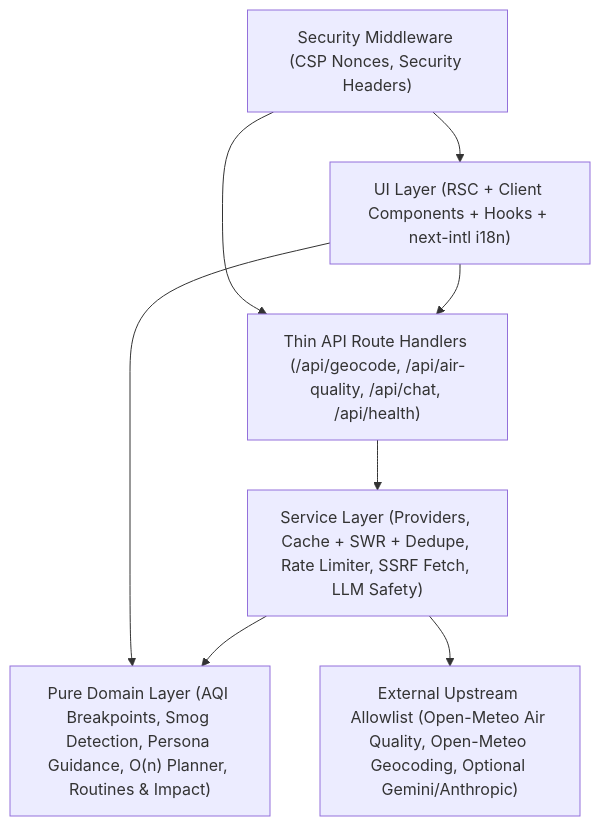
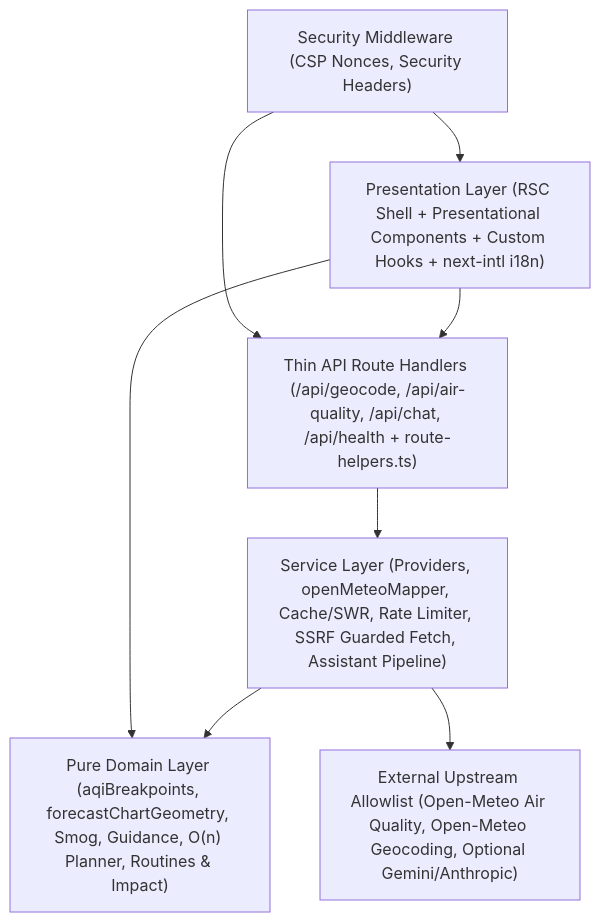
One commit to Sayandevxyz/urban-air changed the diagram in docs/ARCHITECTURE.md. Above: the diagram before and after it, drawn with Mermaid. The commit also changed other lines of this file and 67 other files, not shown here.

````diff
--- a/docs/ARCHITECTURE.md
+++ b/docs/ARCHITECTURE.md
@@ -7,17 +7,17 @@
 ```mermaid
 flowchart TB
-  UI["UI Layer (RSC + Client Components + Hooks + next-intl i18n)"]
-  API["Thin API Route Handlers (/api/geocode, /api/air-quality, /api/chat, /api/health)"]
+  UI["Presentation Layer (RSC Shell + Presentational Components + Custom Hooks + next-intl i18n)"]
+  API["Thin API Route Handlers (/api/geocode, /api/air-quality, /api/chat, /api/health + route-helpers.ts)"]
   MW["Security Middleware (CSP Nonces, Security Headers)"]
-  SVC["Service Layer (Providers, Cache + SWR + Dedupe, Rate Limiter, SSRF Fetch, LLM Safety)"]
-  DOM["Pure Domain Layer (AQI Breakpoints, Smog Detection, Persona Guidance, O(n) Planner, Routines & Impact)"]
+  SVC["Service Layer (Providers, openMeteoMapper, Cache/SWR, Rate Limiter, SSRF Guarded Fetch, Assistant Pipeline)"]
+  DOM["Pure Domain Layer (aqiBreakpoints, forecastChartGeometry, Smog, Guidance, O(n) Planner, Routines & Impact)"]
   EXT["External Upstream Allowlist (Open-Meteo Air Quality, Open-Meteo Geocoding, Optional Gemini/Anthropic)"]
 
   UI --> API
   MW --> UI
   MW --> API
   API --> SVC
   SVC --> DOM
   UI --> DOM
   SVC --> EXT
 ```
````
